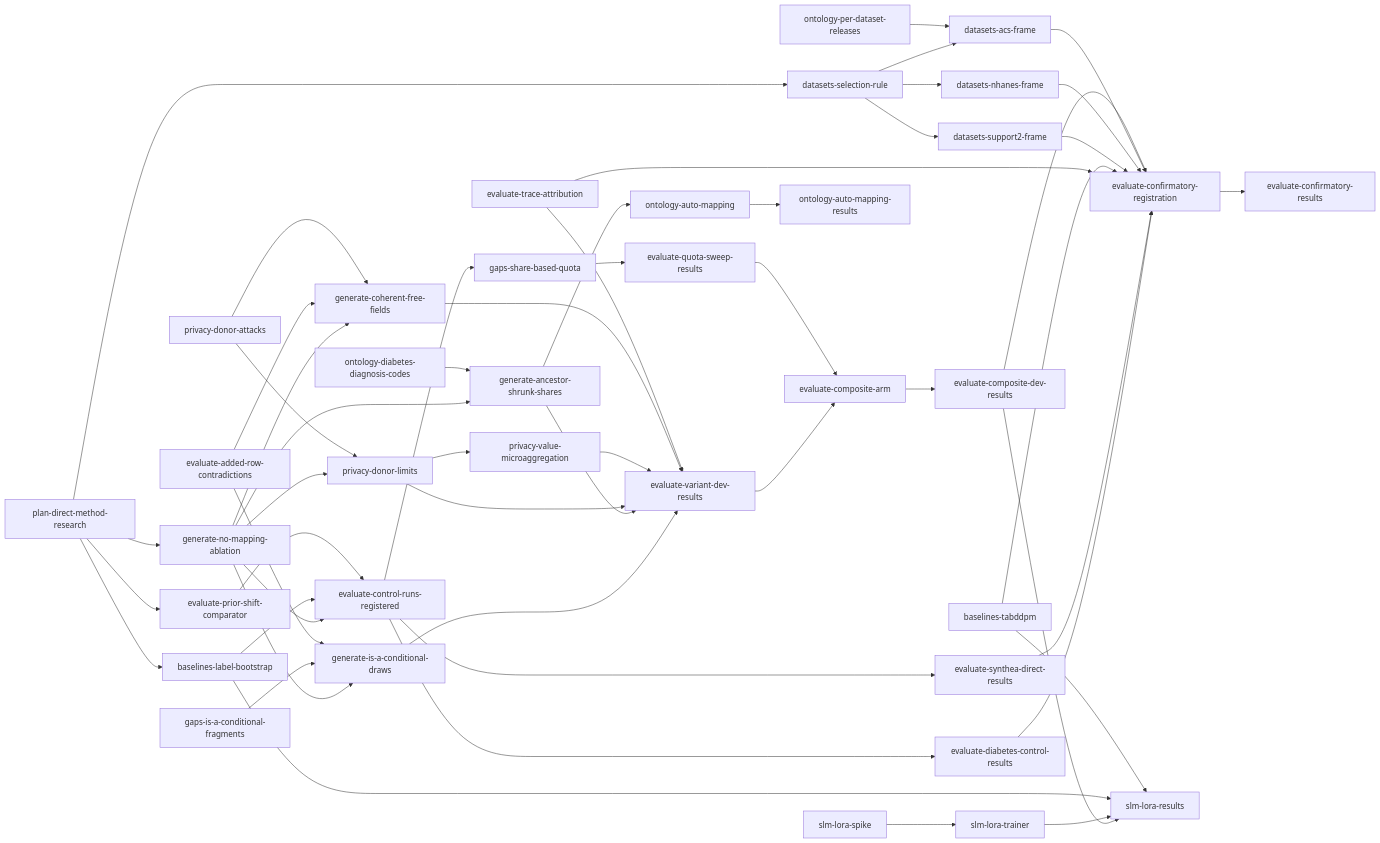
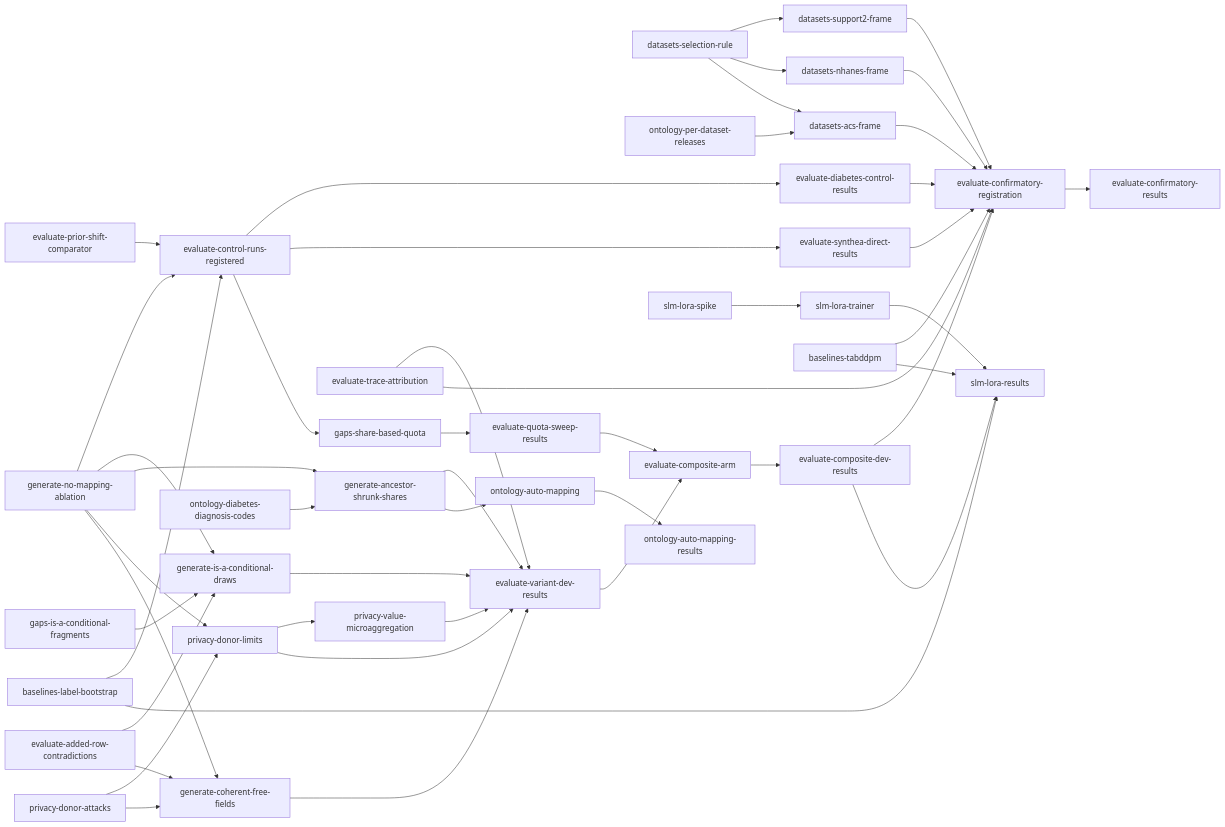
The diagram in tasks/direct-index.md (joe-dartmouth/synthetic), drawn with Mermaid before and after one commit. The commit also changed other lines of this file and 12 other files, not shown here.

First line of the commit message:
Write the direct-method study into the research plan (#110)

````diff
--- a/tasks/direct-index.md
+++ b/tasks/direct-index.md
@@ -76,54 +70,50 @@
 ```mermaid
 flowchart LR
-    u1[plan-direct-method-research] --> u3[generate-no-mapping-ablation]
-    u1 --> u4[baselines-label-bootstrap]
-    u1 --> u5[evaluate-prior-shift-comparator]
-    u3 --> u6[evaluate-control-runs-registered]
-    u4 --> u6
-    u5 --> u6
+    u3[generate-no-mapping-ablation] --> u6[evaluate-control-runs-registered]
+    u4[baselines-label-bootstrap] --> u6
+    u5[evaluate-prior-shift-comparator] --> u6
     u6 --> u7[evaluate-diabetes-control-results]
     u6 --> u8[evaluate-synthea-direct-results]
     u3 --> u11[generate-is-a-conditional-draws]
     u10[gaps-is-a-conditional-fragments] --> u11
     u9[evaluate-added-row-contradictions] --> u11
     u3 --> u13[generate-ancestor-shrunk-shares]
     u12[ontology-diabetes-diagnosis-codes] --> u13
     u3 --> u15[privacy-donor-limits]
     u14[privacy-donor-attacks] --> u15
     u15 --> u16[privacy-value-microaggregation]
     u3 --> u17[generate-coherent-free-fields]
     u9 --> u17
     u14 --> u17
     u11 --> u19[evaluate-variant-dev-results]
     u13 --> u19
     u15 --> u19
     u16 --> u19
     u17 --> u19
     u18[evaluate-trace-attribution] --> u19
     u6 --> u20[gaps-share-based-quota]
     u20 --> u21[evaluate-quota-sweep-results]
-    u1 --> u23[datasets-selection-rule]
-    u23 --> u25[datasets-support2-frame]
+    u23[datasets-selection-rule] --> u25[datasets-support2-frame]
     u23 --> u26[datasets-nhanes-frame]
     u23 --> u27[datasets-acs-frame]
     u24[ontology-per-dataset-releases] --> u27
     u19 --> u28[evaluate-composite-arm]
     u21 --> u28
     u28 --> u29[evaluate-composite-dev-results]
     u7 --> u30[evaluate-confirmatory-registration]
     u8 --> u30
     u18 --> u30
     u22[baselines-tabddpm] --> u30
     u25 --> u30
     u26 --> u30
     u27 --> u30
     u29 --> u30
     u30 --> u31[evaluate-confirmatory-results]
     u13 --> u32[ontology-auto-mapping]
     u32 --> u33[ontology-auto-mapping-results]
     u34[slm-lora-spike] --> u35[slm-lora-trainer]
     u29 --> u36[slm-lora-results]
     u35 --> u36
     u4 --> u36
     u22 --> u36
 ```
````
